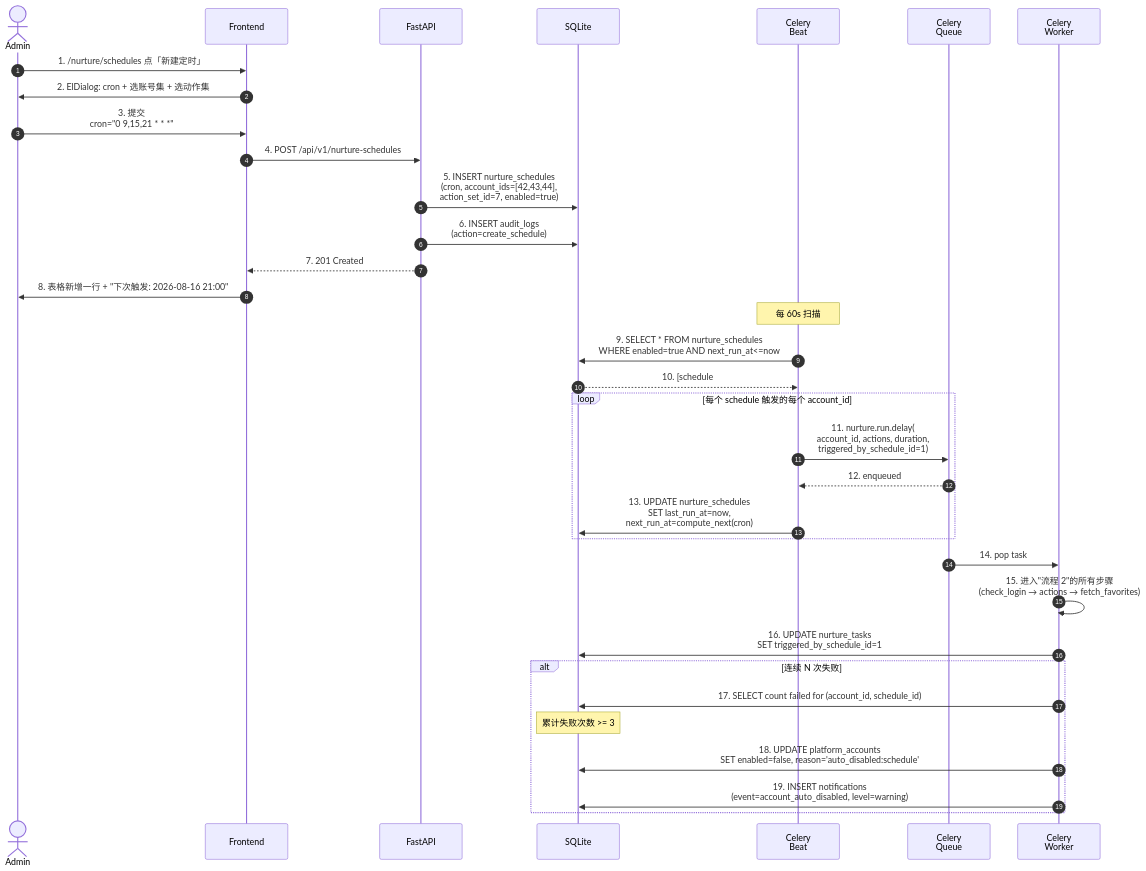
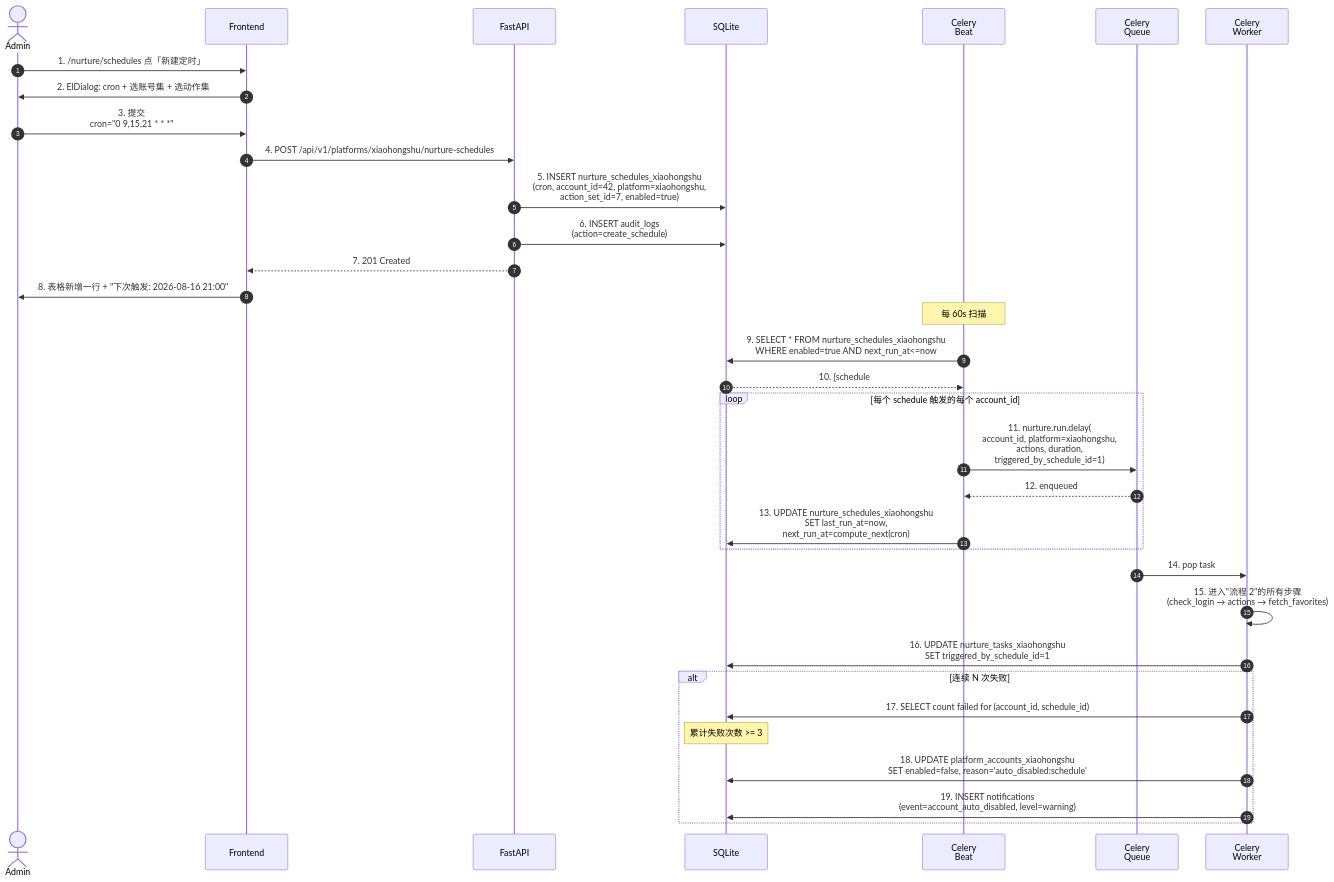
Before and after one commit to hyqskevin/media-manager: the third of 7 diagrams in docs/08-business-flows.md, drawn with Mermaid. The commit also changed other lines of this file and 57 other files, not shown here.

````diff
--- a/docs/08-business-flows.md
+++ b/docs/08-business-flows.md
@@ -285,40 +298,40 @@
 ```mermaid
 sequenceDiagram
     autonumber
     actor Admin
     participant FE as Frontend
     participant API as FastAPI
     participant DB as SQLite
     participant Beat as Celery<br/>Beat
     participant Q as Celery<br/>Queue
     participant W as Celery<br/>Worker
 
     Admin->>FE: 1. /nurture/schedules 点「新建定时」
     FE->>Admin: 2. ElDialog: cron + 选账号集 + 选动作集
     Admin->>FE: 3. 提交<br/>cron="0 9,15,21 * * *"
-    FE->>API: 4. POST /api/v1/nurture-schedules
-    API->>DB: 5. INSERT nurture_schedules<br/>(cron, account_ids=[42,43,44],<br/>action_set_id=7, enabled=true)
+    FE->>API: 4. POST /api/v1/platforms/xiaohongshu/nurture-schedules
+    API->>DB: 5. INSERT nurture_schedules_xiaohongshu<br/>(cron, account_id=42, platform=xiaohongshu,<br/>action_set_id=7, enabled=true)
     API->>DB: 6. INSERT audit_logs<br/>(action=create_schedule)
     API-->>FE: 7. 201 Created
     FE->>Admin: 8. 表格新增一行 + "下次触发: 2026-08-16 21:00"
 
     Note over Beat: 每 60s 扫描
-    Beat->>DB: 9. SELECT * FROM nurture_schedules<br/>WHERE enabled=true AND next_run_at<=now
+    Beat->>DB: 9. SELECT * FROM nurture_schedules_xiaohongshu<br/>WHERE enabled=true AND next_run_at<=now
     DB-->>Beat: 10. [schedule#1]
     loop 每个 schedule 触发的每个 account_id
-        Beat->>Q: 11. nurture.run.delay(<br/>account_id, actions, duration,<br/>triggered_by_schedule_id=1)
+        Beat->>Q: 11. nurture.run.delay(<br/>account_id, platform=xiaohongshu,<br/>actions, duration,<br/>triggered_by_schedule_id=1)
         Q-->>Beat: 12. enqueued
-        Beat->>DB: 13. UPDATE nurture_schedules<br/>SET last_run_at=now,<br/>next_run_at=compute_next(cron)
+        Beat->>DB: 13. UPDATE nurture_schedules_xiaohongshu<br/>SET last_run_at=now,<br/>next_run_at=compute_next(cron)
     end
 
     Q->>W: 14. pop task
     W->>W: 15. 进入"流程 2"的所有步骤<br/>(check_login → actions → fetch_favorites)
-    W->>DB: 16. UPDATE nurture_tasks<br/>SET triggered_by_schedule_id=1
+    W->>DB: 16. UPDATE nurture_tasks_xiaohongshu<br/>SET triggered_by_schedule_id=1
 
     alt 连续 N 次失败
         W->>DB: 17. SELECT count failed for (account_id, schedule_id)
         Note over DB: 累计失败次数 >= 3
-        W->>DB: 18. UPDATE platform_accounts<br/>SET enabled=false, reason='auto_disabled:schedule'
+        W->>DB: 18. UPDATE platform_accounts_xiaohongshu<br/>SET enabled=false, reason='auto_disabled:schedule'
         W->>DB: 19. INSERT notifications<br/>(event=account_auto_disabled, level=warning)
     end
 ```
````
